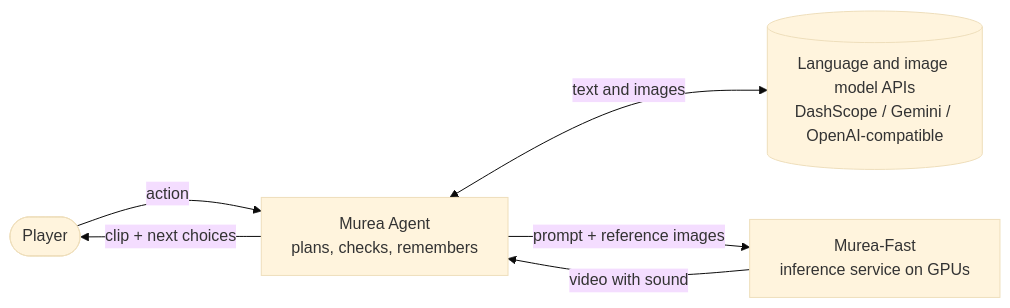
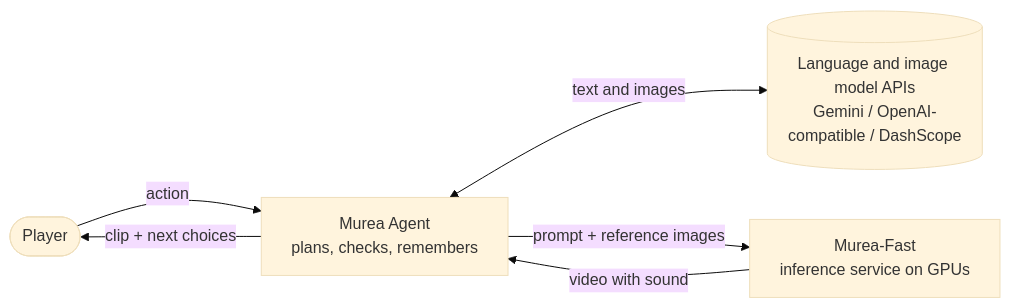
The diagram in README.md (Murea-Labs/InWorld), drawn with Mermaid (base theme) before and after one commit. The commit also changed other lines of this file and 4 other files, not shown here.

````diff
--- a/README.md
+++ b/README.md
@@ -83,8 +83,8 @@
 ```mermaid
 flowchart LR
     P([Player]) -->|action| A[Murea Agent<br/>plans, checks, remembers]
-    A <-->|text and images| L[(Language and image model APIs<br/>DashScope / Gemini / OpenAI-compatible)]
+    A <-->|text and images| L[(Language and image model APIs<br/>Gemini / OpenAI-compatible / DashScope)]
     A -->|prompt + reference images| F[Murea-Fast<br/>inference service on GPUs]
     F -->|video with sound| A
     A -->|clip + next choices| P
 ```
````
